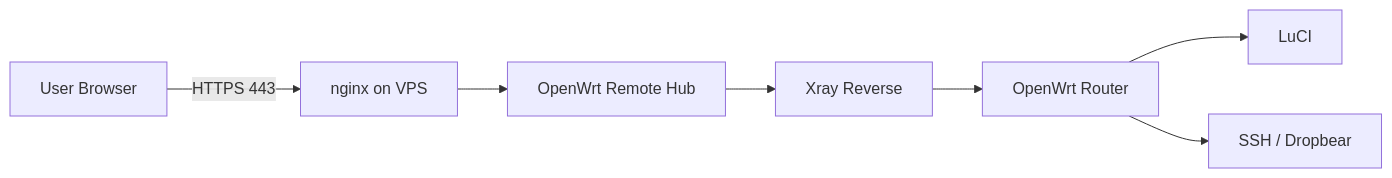
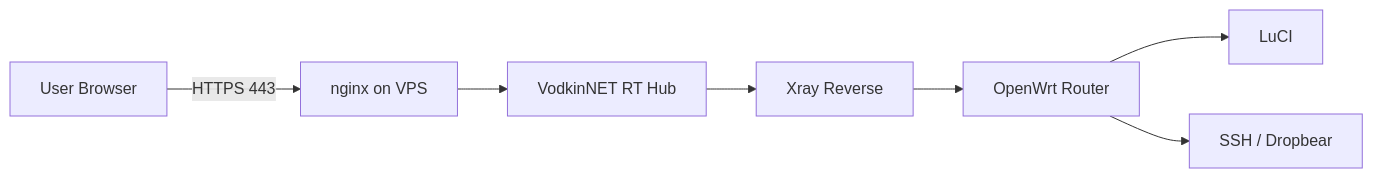
The diagram in vodkinnet-owrt-remote/README.md (beverlypillzz-collab/vodkinnet-rt), drawn with Mermaid before and after one commit. The commit also changed other lines of this file and 8 other files, not shown here.

````diff
--- a/vodkinnet-owrt-remote/README.md
+++ b/vodkinnet-owrt-remote/README.md
@@ -243,9 +214,9 @@
 ```mermaid
 flowchart LR
     U[User Browser] -->|HTTPS 443| N[nginx on VPS]
-    N --> H[OpenWrt Remote Hub]
+    N --> H[VodkinNET RT Hub]
     H --> X[Xray Reverse]
     X --> R[OpenWrt Router]
     R --> L[LuCI]
     R --> S[SSH / Dropbear]
 ```
````
